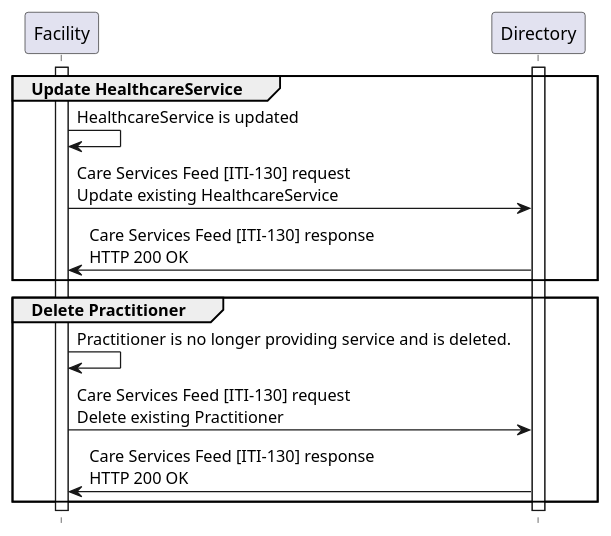
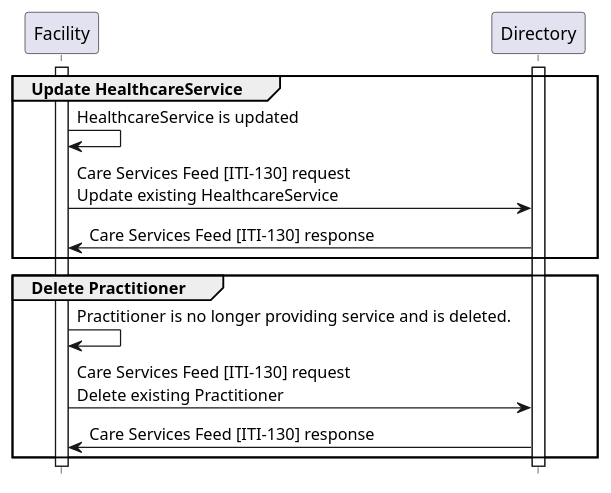
Before and after one commit to IHE/ITI.mCSD: the diagram in input/images-source/usecase7-processflow.plantuml, drawn with PlantUML.

Commit message:
Removed HTTP status codes from usecase 7 diagram as it's not needed here.  Fixes #195.

```diff
--- a/input/images-source/usecase7-processflow.plantuml
+++ b/input/images-source/usecase7-processflow.plantuml
@@ -1,23 +1,23 @@
 @startuml
 hide footbox
 participant "Facility" as Facility
 participant "Directory" as Directory
 
 activate Facility
 activate Directory
 
 group Update HealthcareService
   Facility -> Facility: HealthcareService is updated
   Facility -> Directory: Care Services Feed [ITI-130] request\nUpdate existing HealthcareService
-  Directory -> Facility: Care Services Feed [ITI-130] response\nHTTP 200 OK
+  Directory -> Facility: Care Services Feed [ITI-130] response
 end
 
 group Delete Practitioner
   Facility -> Facility: Practitioner is no longer providing service and is deleted.
   Facility -> Directory: Care Services Feed [ITI-130] request\nDelete existing Practitioner
-  Directory -> Facility: Care Services Feed [ITI-130] response\nHTTP 200 OK
+  Directory -> Facility: Care Services Feed [ITI-130] response
 end
 
 deactivate Directory
 deactivate Facility
 @enduml
```
